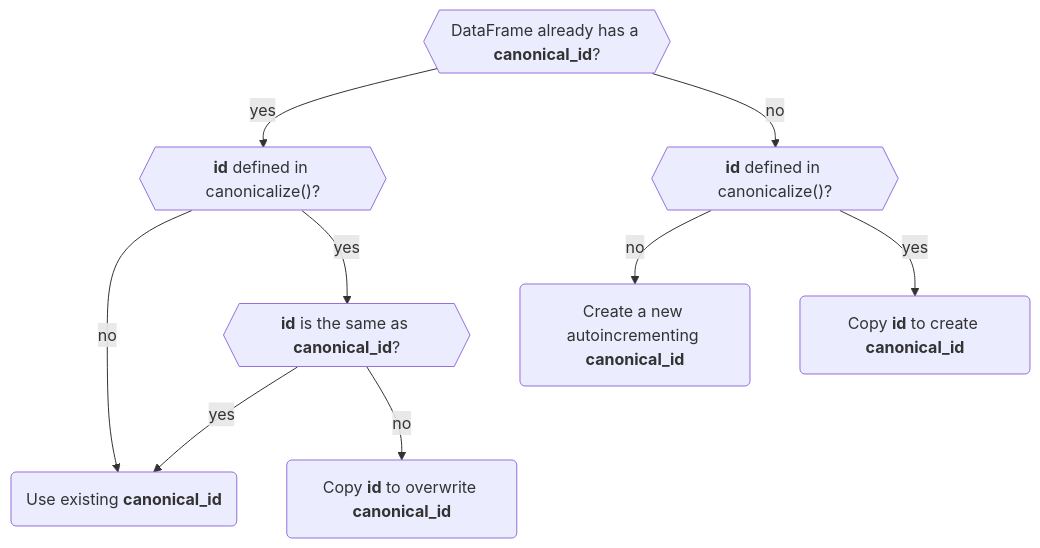
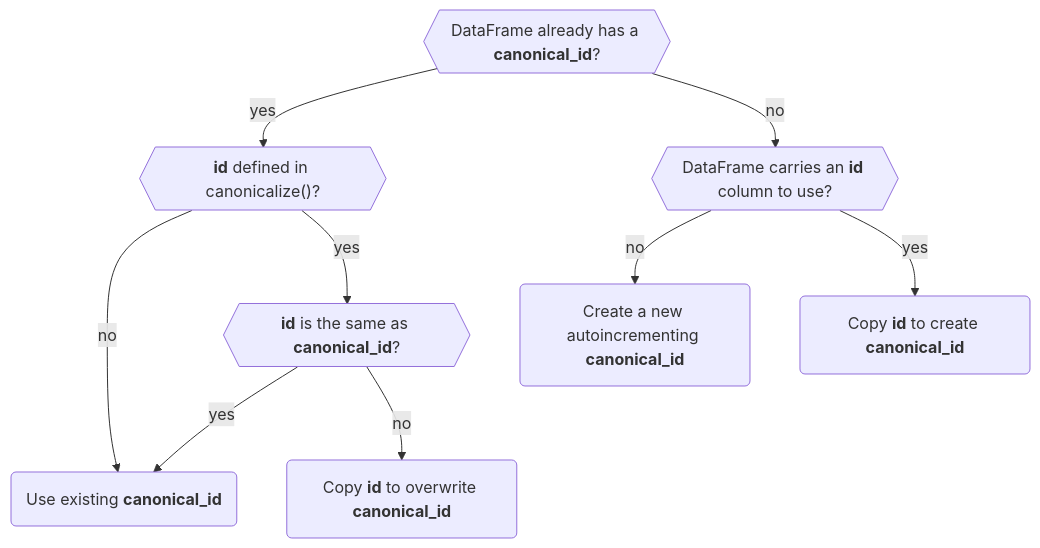
One commit to VictorAut/liken changed the diagram in docs/in-practice/iterative-workloads.md. Above: the diagram before and after it, drawn with Mermaid. The commit also changed other lines of this file and 9 other files, not shown here.

````diff
--- a/docs/in-practice/iterative-workloads.md
+++ b/docs/in-practice/iterative-workloads.md
@@ -31,25 +71,25 @@
 ``` mermaid
 flowchart TD
 
     df{{"`DataFrame already has a **canonical_id**?`"}}
     id1{{"`**id** defined in canonicalize()?`"}}
-    id2{{"`**id** defined in canonicalize()?`"}}
+    id2{{"`DataFrame carries an **id** column to use?`"}}
     idiscanonical{{"`**id** is the same as **canonical_id**?`"}}
 
     autoincrement("`Create a new autoincrementing **canonical_id**`")
     copy("`Copy **id** to create **canonical_id**`")
     overwrite("`Copy **id** to overwrite **canonical_id**`")
     existing("`Use existing **canonical_id**`")
 
     df-- yes -->id1
     df-- no -->id2
 
     id1-- no -->existing
     id1-- yes -->idiscanonical
 
     idiscanonical-- yes -->existing
     idiscanonical-- no -->overwrite
 
     id2-- no -->autoincrement
     id2-- yes -->copy
 ```
````
